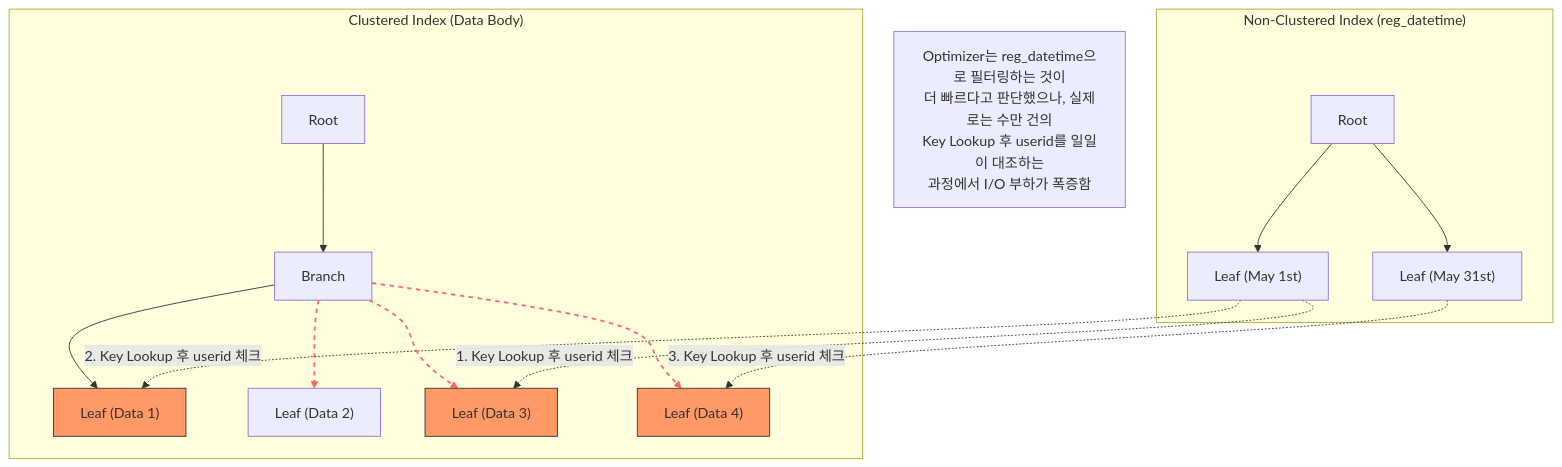
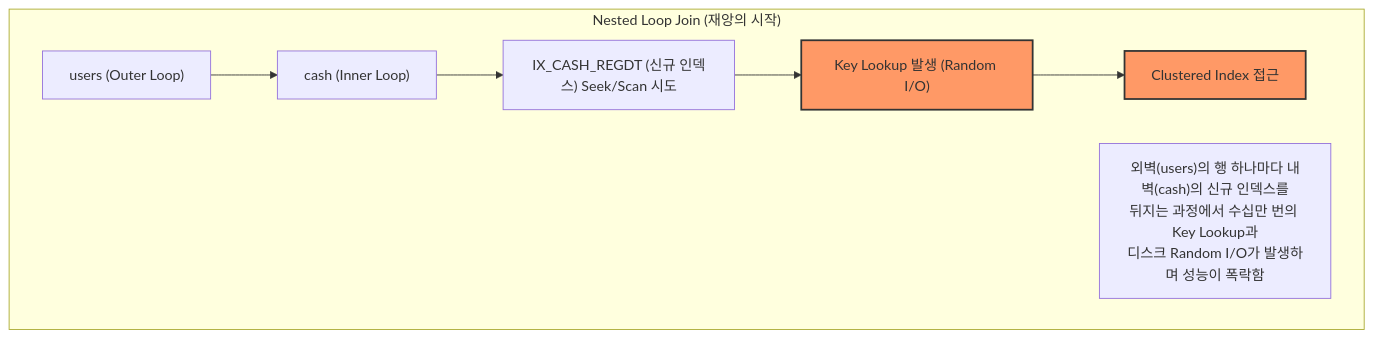
The second of 4 diagrams in troubleshooting/payletter_index_optimization.md (muzzaiwork/candidate), drawn with Mermaid before and after one commit. The commit also changed other lines of this file, not shown here.

Commit message:
Refactor scenario to join strategy change (Hash to Nested Loop) causing performance drop

````diff
--- a/troubleshooting/payletter_index_optimization.md
+++ b/troubleshooting/payletter_index_optimization.md
@@ -69,26 +63,15 @@
 ```mermaid
 graph TD
-    subgraph "Non-Clustered Index (reg_datetime)"
-        N_Root["Root"] --> N_L1["Leaf (May 1st)"]
-        N_Root --> N_L2["Leaf (May 31st)"]
+    subgraph "Nested Loop Join (재앙의 시작)"
+        U_Outer["users (Outer Loop)"] --> C_Inner["cash (Inner Loop)"]
+        
+        C_Inner --> N["IX_CASH_REGDT (신규 인덱스) Seek/Scan 시도"]
+        N --> K["Key Lookup 발생 (Random I/O)"]
+        K --> C_L["Clustered Index 접근"]
+        
+        note2["외벽(users)의 행 하나마다 내벽(cash)의 신규 인덱스를<br/>뒤지는 과정에서 수십만 번의 Key Lookup과<br/>디스크 Random I/O가 발생하며 성능이 폭락함"]
     end
 
-    subgraph "Clustered Index (Data Body)"
-        C_Root["Root"] --> C_B1["Branch"]
-        C_B1 --> C_L1["Leaf (Data 1)"]
-        C_B1 --> C_L2["Leaf (Data 2)"]
-        C_B1 --> C_L3["Leaf (Data 3)"]
-        C_B1 --> C_L4["Leaf (Data 4)"]
-    end
-
-    N_L1 -. "1. Key Lookup 후 userid 체크" .-> C_L3
-    N_L1 -. "2. Key Lookup 후 userid 체크" .-> C_L1
-    N_L2 -. "3. Key Lookup 후 userid 체크" .-> C_L4
-    
-    note2["Optimizer는 reg_datetime으로 필터링하는 것이<br/>더 빠르다고 판단했으나, 실제로는 수만 건의<br/>Key Lookup 후 userid를 일일이 대조하는<br/>과정에서 I/O 부하가 폭증함"]
-
-    style C_L1 fill:#f96,stroke:#333
-    style C_L3 fill:#f96,stroke:#333
-    style C_L4 fill:#f96,stroke:#333
-    linkStyle 4,5,6 stroke:#f66,stroke-width:2px,stroke-dasharray: 5
+    style K fill:#f96,stroke:#333,stroke-width:2px
+    style C_L fill:#f96,stroke:#333,stroke-width:2px
 ```
````
